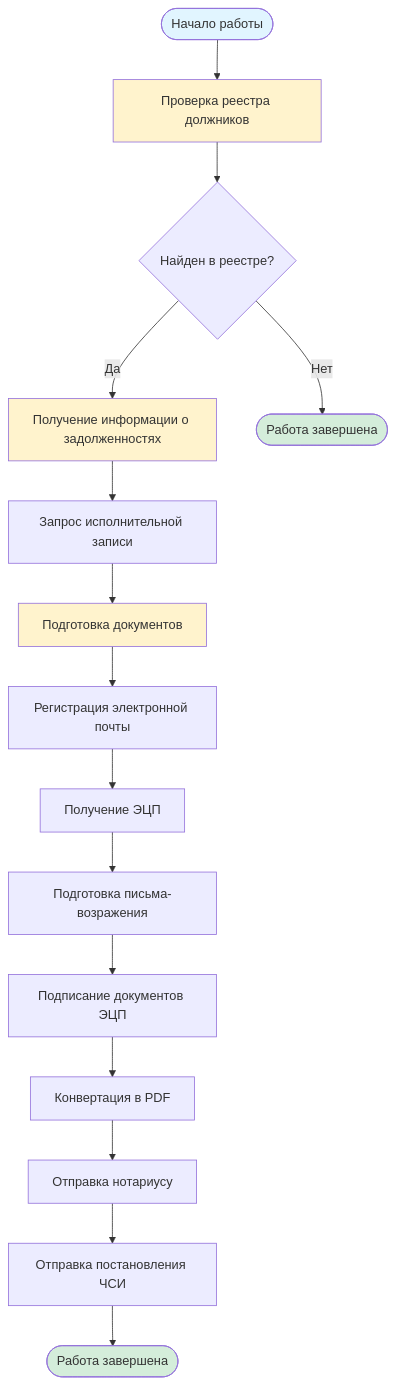
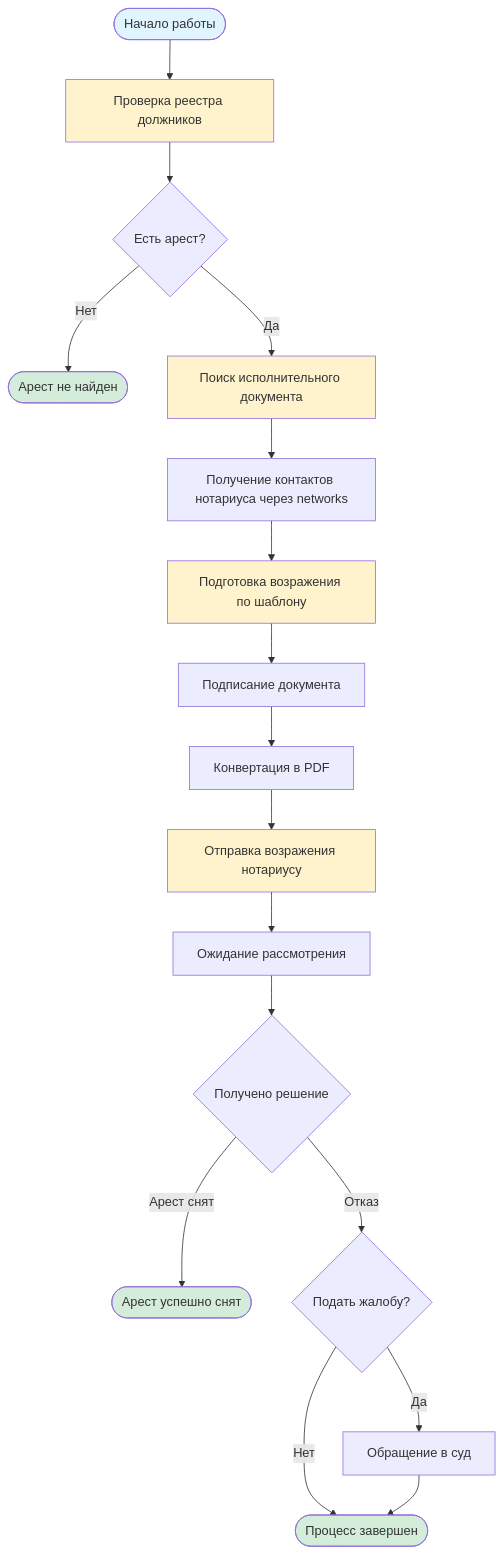
The diagram in 02_Работа_с_реестром_должников/Визуальная_схема_процесса.md (Elessar-Tarrask/restoration-law), drawn with Mermaid before and after one commit. The commit also changed other lines of this file and 1 other file, not shown here.

````diff
--- a/02_Работа_с_реестром_должников/Визуальная_схема_процесса.md
+++ b/02_Работа_с_реестром_должников/Визуальная_схема_процесса.md
@@ -265,24 +293,28 @@
 ```mermaid
 flowchart TD
-    Start([Начало работы]) --> Check[Проверка реестра должников]
-    Check --> InRegistry{Найден в реестре?}
-    InRegistry -->|Да| GetInfo[Получение информации о задолженностях]
-    InRegistry -->|Нет| End1([Работа завершена])
-    GetInfo --> GetExec[Запрос исполнительной записи]
-    GetExec --> Prepare[Подготовка документов]
-    Prepare --> RegisterEmail[Регистрация электронной почты]
-    RegisterEmail --> GetECP[Получение ЭЦП]
-    GetECP --> PrepareObjection[Подготовка письма-возражения]
-    PrepareObjection --> SignDoc[Подписание документов ЭЦП]
+    Start([Начало работы]) --> CheckRegistry[Проверка реестра должников]
+    CheckRegistry --> HasArrest{Есть арест?}
+    HasArrest -->|Нет| End1([Арест не найден])
+    HasArrest -->|Да| SearchDoc[Поиск исполнительного документа]
+    SearchDoc --> GetNotary[Получение контактов нотариуса через networks]
+    GetNotary --> PrepareObjection[Подготовка возражения по шаблону]
+    PrepareObjection --> SignDoc[Подписание документа]
     SignDoc --> ConvertPDF[Конвертация в PDF]
-    ConvertPDF --> SendNotary[Отправка нотариусу]
-    SendNotary --> SendCHSI[Отправка постановления ЧСИ]
-    SendCHSI --> End2([Работа завершена])
+    ConvertPDF --> SendNotary[Отправка возражения нотариусу]
+    SendNotary --> WaitReview[Ожидание рассмотрения]
+    WaitReview --> GetDecision{Получено решение}
+    GetDecision -->|Арест снят| Success([Арест успешно снят])
+    GetDecision -->|Отказ| Appeal{Подать жалобу?}
+    Appeal -->|Да| Court[Обращение в суд]
+    Appeal -->|Нет| End2([Процесс завершен])
+    Court --> End2
     
     style Start fill:#e1f5ff
+    style Success fill:#d4edda
     style End1 fill:#d4edda
     style End2 fill:#d4edda
-    style Check fill:#fff3cd
-    style GetInfo fill:#fff3cd
-    style Prepare fill:#fff3cd
+    style CheckRegistry fill:#fff3cd
+    style SearchDoc fill:#fff3cd
+    style PrepareObjection fill:#fff3cd
+    style SendNotary fill:#fff3cd
 ```
````
